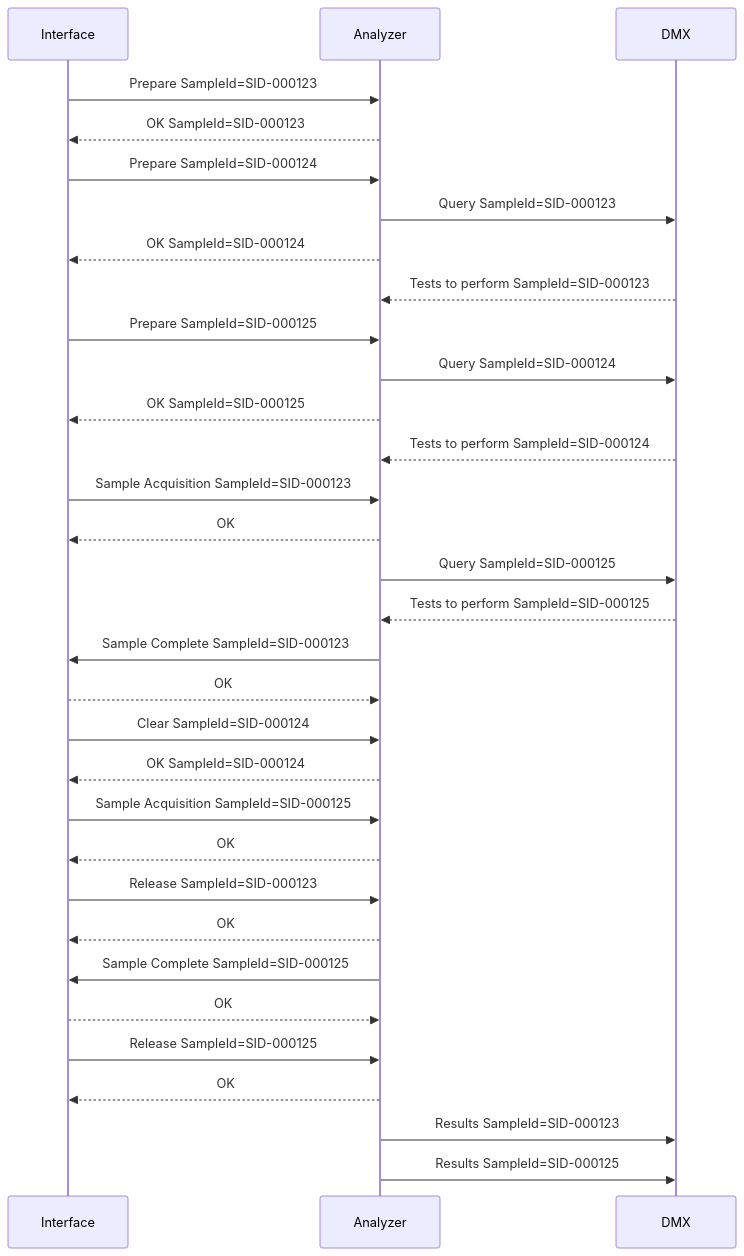
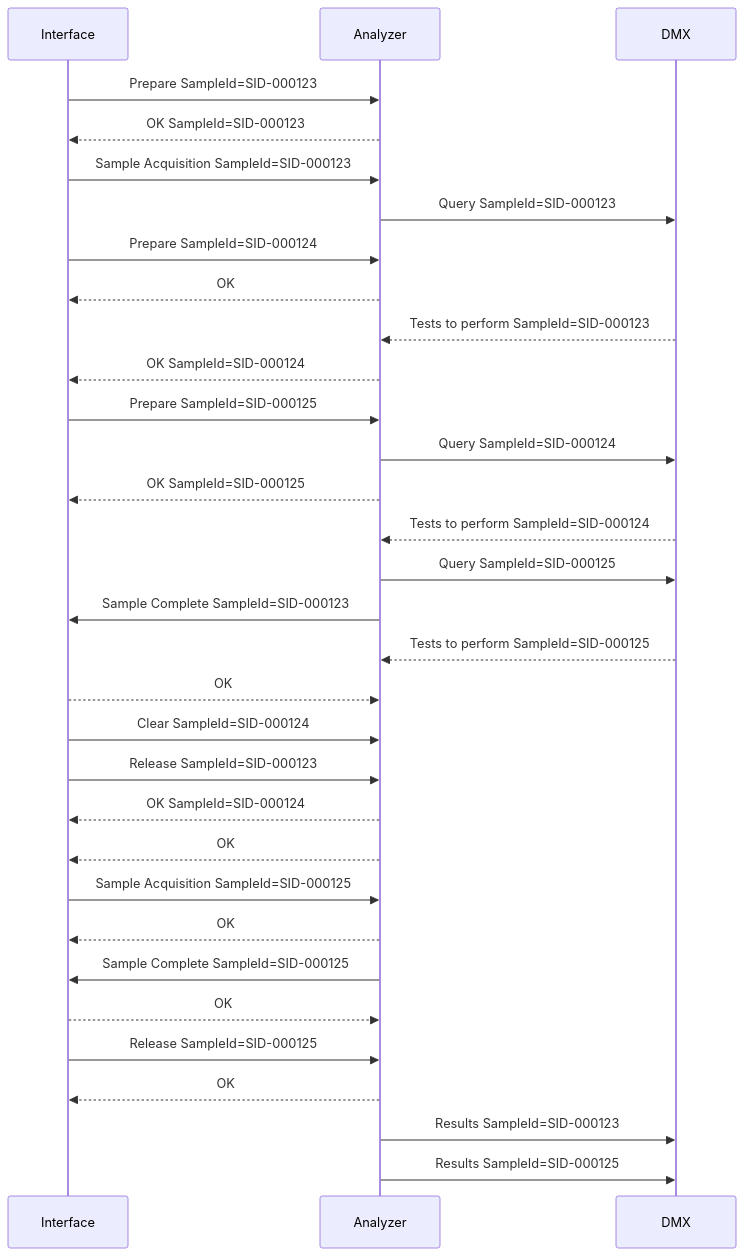
Before and after one commit to specialk74/trackviz: the diagram in scenes/03_clear_missing_carrier.mmd, drawn with Mermaid. The commit also changed 31 other files, not shown here.

```diff
--- a/scenes/03_clear_missing_carrier.mmd
+++ b/scenes/03_clear_missing_carrier.mmd
@@ -1,183 +1,135 @@
 %% # Scene 03 — a carrier expected in the Pit-Lane never arrives: Clear (sampling point)
 %% # C1 and C3 are diverted into the Pit-Lane. C2 is believed to be diverted
 %% # (Prepare is sent) but physically goes straight on the Main-Lane. Its logical
 %% # position is shown as a dashed ghost ("C2L") following the Pit-Lane: C3 queues
 %% # on top of it, because physically the ghost is not there. When C3 reaches the
 %% # sampling point, the interface sends Clear for C2 and, after the analyzer's
 %% # reply, Sample Acquisition for C3.
 %% # Carrier flow: right to left, Pit-Lane above the Main-Lane.
 %% # Coordinates are in a fixed 1920x1080 space (track panel: x 30..950, y 120..885).
 %% # Points left of x=30 or right of x=950 are outside the panel (hidden).
 %% geometry sampling_queue
 %% subtitle A carrier expected in the Pit-Lane is missing — Clear (sampling point)
 sequenceDiagram
     participant IF as Interface
     participant AN as Analyzer
     participant DMX as DMX
 
-    %% carrier C1 SID-000123 route=main_in,nsd,pit_in,queue,sampling,pit_out,merge,main_out,gone speed=75
+    %% carrier C1 SID-000123 route=main_in,nsd,pit_in,queue,sampling,pit_out,merge,main_out,gone
     %% # The real C2: it is not diverted and goes straight on the Main-Lane.
-    %% carrier C2 SID-000124 route=spawn,main_in,nsd,merge,main_out,gone speed=75 color=#0EA5E9
+    %% carrier C2 SID-000124 route=spawn,main_in,nsd,merge,main_out,gone color=#0EA5E9
     %% # Where the interface believes C2 is: diverted into the Pit-Lane.
-    %% carrier C2L SID-000124 route=nsd,pit_in,queue,sampling speed=75 color=#0EA5E9 ghost hidden tag=SID-000124_(expected)
-    %% carrier C3 SID-000125 route=spawn,main_in,nsd,pit_in,queue,sampling,pit_out,merge,main_out,gone speed=75 color=#DB2777
+    %% carrier C2L SID-000124 route=nsd,pit_in,queue,sampling color=#0EA5E9 ghost hidden tag=SID-000124_(expected)
+    %% carrier C3 SID-000125 route=spawn,main_in,nsd,pit_in,queue,sampling,pit_out,merge,main_out,gone color=#DB2777
 
-    %% at 0
     %% caption 1 · Three carriers | Three carriers holding sample tubes travel on the Main-Lane towards the analyzer interface.
-    %% at 1
-    %% move C1 to nsd ease=in
-    %% at 4.07
-    %% move C2 to gone ease=linear
-    %% when C1 at nsd
-    %% move C1 to sampling ease=out
-    %% when C1 at nsd
-    %% caption 2 · Diverted — Prepare | The first carrier is diverted into the Pit-Lane without stopping: the interface sends Prepare to the analyzer.
-    %% when C1 at nsd
+    %% at 2.2
+    %% move C1 to sampling
+    %% on antenna1 C1
+    %% caption 2 · Diverted — Prepare — Sample Acquisition | The first carrier is diverted into the Pit-Lane without stopping (Prepare) and stopped by the gate on the sampling point: Sample Acquisition, then the analyzer aspirates.
+    %% on antenna1 C1
     %% highlight nsd duration=2
-    %% when C1 at nsd
+    %% on antenna1
     IF->>AN: Prepare SampleId=SID-000123
-    %% when prepare C1 sent
-    %% delay 1.63
+    %% after 0.1
     AN-->>IF: OK SampleId=SID-000123
-    %% at 7.27
-    %% move C3 to nsd ease=linear
+
+    %% at 4.9
+    %% move C2 to gone
+    %% on antenna2
+    IF->>AN: Sample Acquisition SampleId=SID-000123
+    %% after 0.1 OK C1
+    AN->>DMX: Query SampleId=SID-000123
     %% # C2 reaches the NSD: logically diverted (ghost appears), physically straight on.
-    %% when sample_ok C1 sent
-    %% delay 1.4
+    %% on antenna1 C2
     %% caption 3 · Physically straight, logically diverted | The second carrier should be diverted too, and the interface sends Prepare. But physically it goes straight on the Main-Lane: the dashed outline is where the interface believes it is.
-    %% when sample_ok C1 sent
-    %% delay 1.4
+    %% on antenna1 C2
     %% highlight nsd duration=2
-    %% when sample_ok C1 sent
-    %% delay 1.4
+    %% on antenna1 C2
     %% show C2L duration=0.4
-    %% at 7.8
-    %% move C2L to queue ease=out
-    %% when C2 at nsd
+    %% on antenna1 C2
+    %% move C2L to queue
+    %% on antenna1
     IF->>AN: Prepare SampleId=SID-000124
-    %% when sample_ok C1 arrived
-    %% delay 0.4
-    AN->>DMX: Query SampleId=SID-000123
-    %% when prepare C2 sent
-    %% delay 1.7
-    AN-->>IF: OK SampleId=SID-000124
-    %% when query C1 sent
-    %% delay 1.9
-    DMX-->>AN: Tests to perform SampleId=SID-000123
-    %% when C3 at nsd
-    %% move C3 to queue ease=out
-    %% when C3 at nsd
-    %% caption 4 · Third carrier — Prepare | The third carrier is diverted into the Pit-Lane: Prepare. For each Prepare the analyzer asks DMX which tests to perform.
-    %% when C3 at nsd
-    %% highlight nsd duration=2
-    %% when C3 at nsd
-    IF->>AN: Prepare SampleId=SID-000125
-    %% when tests C1 arrived
-    %% delay 0.1
-    AN->>DMX: Query SampleId=SID-000124
-    %% when prepare C3 sent
-    %% delay 1.697
-    AN-->>IF: OK SampleId=SID-000125
-    %% when query C2 sent
-    %% delay 1.7
-    DMX-->>AN: Tests to perform SampleId=SID-000124
-    %% when C1 at sampling
-    %% delay 0.18
-    %% caption 5 · Sample Acquisition — the others queue up | The first carrier is at the sampling point: Sample Acquisition, and the analyzer aspirates. The second (expected) and the third carrier queue up behind it.
-    %% when C1 at sampling
-    %% delay 1.08
-    IF->>AN: Sample Acquisition SampleId=SID-000123
-    %% when sample_acquisition C1 arrived
-    %% delay 0.1
+    %% after 0.1 Sample Acquisition C1
     %% for C1
     AN-->>IF: OK
-    %% when tests C2 arrived
-    %% delay 0.1
+
+    %% at 7.9
+    %% move C3 to queue
+    %% after 0.1 Query C1
+    DMX-->>AN: Tests to perform SampleId=SID-000123
+    %% after 0.1 Prepare C2
+    AN-->>IF: OK SampleId=SID-000124
+    %% after 0.1 OK C1
+    %% pipette sp duration=5
+    %% on antenna1 C3
+    %% caption 4 · Third carrier — one position, two carriers | The third carrier is diverted (Prepare) and stops in the queue on the same position as the second one: the second is not physically there, it went straight on along the Main-Lane.
+    %% on antenna1 C3
+    %% highlight nsd duration=2
+    %% on antenna1
+    IF->>AN: Prepare SampleId=SID-000125
+    %% after 0.1 OK C2
+    AN->>DMX: Query SampleId=SID-000124
+    %% after 0.1 Prepare C3
+    AN-->>IF: OK SampleId=SID-000125
+    %% after 0.1 Query C2
+    DMX-->>AN: Tests to perform SampleId=SID-000124
+    %% after 0.1
     AN->>DMX: Query SampleId=SID-000125
-    %% when analyzer_ok C1 arrived
-    %% delay 0.1
-    %% pipette sp duration=5
-    %% when query C3 sent
-    %% delay 1.7
+
+    %% after 0.3 pipette sp
+    %% caption 5 · Sample Complete | Sampling is finished: Sample Complete. The first carrier is released, and the queue moves up to the sampling point.
+    %% after 0.3 pipette sp
+    AN->>IF: Sample Complete SampleId=SID-000123
+    %% after 0.1 Query C3
     DMX-->>AN: Tests to perform SampleId=SID-000125
-    %% when C3 at queue
-    %% caption 6 · One position, two carriers | The third carrier stops on the same queue position as the second one: the second is not physically there: it went straight on along the Main-Lane.
-    %% when pipette sp done
-    %% delay 0.2
-    %% caption 7 · Sample Complete | Sampling is finished: Sample Complete. The first carrier is released, and the queue moves up to the sampling point.
-    %% when pipette sp done
-    %% delay 0.2
-    AN->>IF: Sample Complete SampleId=SID-000123
-    %% when sample_complete C1 arrived
-    %% delay 0.1
+    %% after 0.1 Sample Complete C1
     %% for C1
     IF-->>AN: OK
-    %% when interface_ok C1 sent
-    %% move C1 to merge ease=in
-    %% when interface_ok C1 sent
-    %% delay 2.3
-    %% move C2L to sampling ease=inout duration=1.5
-    %% when interface_ok C1 sent
-    %% delay 2.3
-    %% move C3 to sampling ease=inout duration=1.5
-    %% when C3 at sampling
-    %% delay 0.2
-    %% caption 8 · Clear | The interface expects the second sample at the sampling point, but finds the third one: the second never arrived. It sends Clear for the second sample and waits for the reply.
-    %% when C3 at sampling
-    %% delay 0.2
+    %% move C1 to gone
+    %% after 0.8 OK C1
+    %% move C2L to sampling
+    %% after 0.8 OK C1
+    %% move C3 to sampling
+    %% after 0.2 antenna2 C3
+    %% caption 6 · Clear | The interface expects the second sample at the sampling point, but finds the third one: the second never arrived. It sends Clear for the second sample and waits for the reply.
+    %% after 0.2 antenna2 C3
     IF->>AN: Clear SampleId=SID-000124
-    %% when clear C2 sent
-    %% delay 1.6
+    %% on antenna3
+    IF->>AN: Release SampleId=SID-000123
+    %% after 0.1 Clear C2
     AN-->>IF: OK SampleId=SID-000124
-    %% when sample_ok C2 arrived
+    %% after 0.1 Release C1
+    %% for C1
+    AN-->>IF: OK
+    %% after 0 OK C2
     %% hide C2L duration=0.6
-    %% when sample_ok C2 arrived
-    %% delay 0.3
-    %% caption 9 · Sample Acquisition — Release | Only after the reply to Clear the interface sends Sample Acquisition for the third sample. Meanwhile the first carrier leaves the module: Release.
-    %% when C3 at sampling
-    %% delay 3.6
+    %% after 0.3 OK C2
+    %% caption 7 · Sample Acquisition — Release | Only after the reply to Clear the interface sends Sample Acquisition for the third sample. Meanwhile the first carrier leaves the module: Release.
+    %% after 3.6 antenna2 C3
     IF->>AN: Sample Acquisition SampleId=SID-000125
-    %% when sample_acquisition C3 arrived
-    %% delay 0.1
+    %% after 0.1
     %% for C3
     AN-->>IF: OK
-    %% when C1 at merge
-    %% move C1 to gone ease=out
-    %% when C1 at main_out
-    IF->>AN: Release SampleId=SID-000123
-    %% when release C1 arrived
-    %% delay 0.1
-    %% for C1
-    AN-->>IF: OK
-    %% when analyzer_ok C3 arrived
-    %% delay 0.1
+    %% after 0.1
     %% pipette sp duration=4.5
-    %% when pipette sp done
-    %% delay 0.2
-    %% caption 10 · Back to normal | Sample Complete for the third sample: the carrier is released and, once it has left the module, the interface sends Release.
-    %% when pipette sp done
-    %% delay 0.2
+    %% after 0.2
+    %% caption 8 · Back to normal | Sample Complete for the third sample: the carrier is released and, once it has left the module, the interface sends Release.
+    %% after 0.2 pipette sp
     AN->>IF: Sample Complete SampleId=SID-000125
-    %% when sample_complete C3 arrived
-    %% delay 0.1
+    %% after 0.1
     %% for C3
     IF-->>AN: OK
-    %% when interface_ok C3 sent
-    %% move C3 to merge ease=in
-    %% when C3 at merge
-    %% move C3 to gone ease=out
-    %% when C3 at main_out
+    %% move C3 to gone
+    %% on antenna3
     IF->>AN: Release SampleId=SID-000125
-    %% when release C3 arrived
-    %% delay 0.1
+    %% after 0.1
     %% for C3
     AN-->>IF: OK
-    %% when analyzer_ok C3 arrived
-    %% delay 0.5
-    %% caption 11 · Results | Later, when the analysis is complete, the analyzer sends the results to DMX.
-    %% when analyzer_ok C3 arrived
-    %% delay 0.5
+    %% after 0.5
+    %% caption 9 · Results | Later, when the analysis is complete, the analyzer sends the results to DMX.
+    %% after 0.5 OK C3
     AN->>DMX: Results SampleId=SID-000123
-    %% when results C1 arrived
-    %% delay 0.2
+    %% after 0.2
     AN->>DMX: Results SampleId=SID-000125
```
